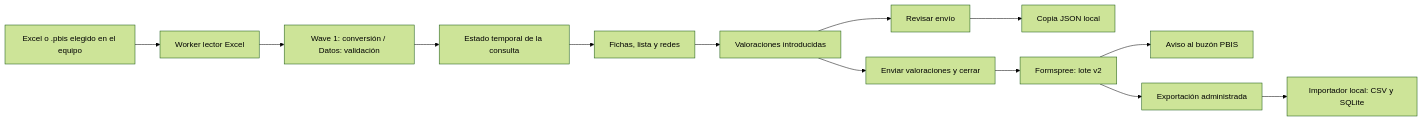
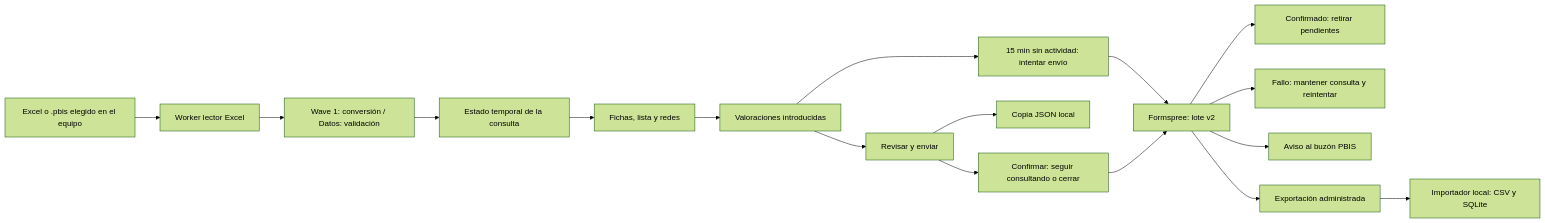
One commit to Teoriadejuego/pbis-poc changed the second of 2 diagrams in docs/ARQUITECTURA.md. Above: the diagram before and after it, drawn with Mermaid (forest theme). The commit also changed other lines of this file and 31 other files, not shown here.

````diff
--- a/docs/ARQUITECTURA.md
+++ b/docs/ARQUITECTURA.md
@@ -33,15 +33,19 @@
 ```mermaid
 flowchart LR
   A["Excel o .pbis elegido en el equipo"] --> B["Worker lector Excel"]
   B --> C["Wave 1: conversión / Datos: validación"]
   C --> D["Estado temporal de la consulta"]
   D --> E["Fichas, lista y redes"]
   E --> F["Valoraciones introducidas"]
-  F --> G["Revisar envío"]
-  F --> H["Enviar valoraciones y cerrar"]
+  F --> G["Revisar y enviar"]
+  G --> H["Confirmar: seguir consultando o cerrar"]
   G --> I["Copia JSON local"]
-  H --> J["Formspree: lote v2"]
+  F --> T["15 min sin actividad: intentar envío"]
+  T --> J["Formspree: lote v2"]
+  H --> J
+  J --> P["Confirmado: retirar pendientes"]
+  J --> R["Fallo: mantener consulta y reintentar"]
   J --> K["Aviso al buzón PBIS"]
   J --> L["Exportación administrada"]
   L --> M["Importador local: CSV y SQLite"]
 ```
````
